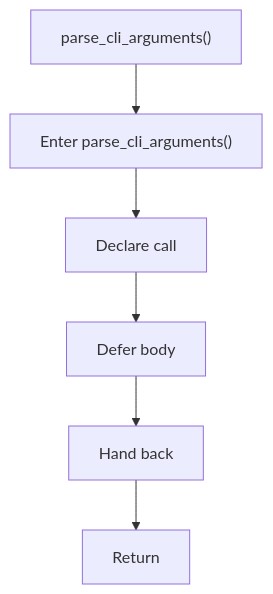
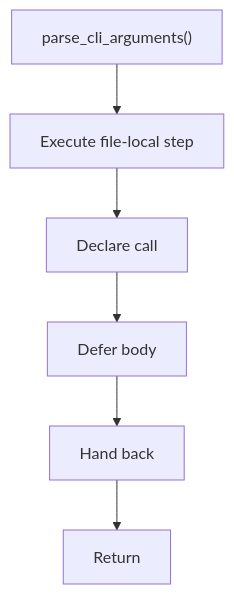
One commit to JohnAndrewBalbarosa/NeoTerritory changed the fourth of 4 diagrams in docs/Codebase/Microservice/Modules/Header/SyntacticBrokenAST/Analysis/Input/cli_arguments.hpp.md. Above: the diagram before and after it, drawn with Mermaid. The commit also changed other lines of this file and 915 other files, not shown here.

````diff
--- a/docs/Codebase/Microservice/Modules/Header/SyntacticBrokenAST/Analysis/Input/cli_arguments.hpp.md
+++ b/docs/Codebase/Microservice/Modules/Header/SyntacticBrokenAST/Analysis/Input/cli_arguments.hpp.md
@@ -114,14 +113,14 @@
 ```mermaid
 flowchart TD
     Start["parse_cli_arguments()"]
-    N0["Enter parse_cli_arguments()"]
+    N0["Execute file-local step"]
     N1["Declare call"]
     N2["Defer body"]
     N3["Hand back"]
     End["Return"]
     Start --> N0
     N0 --> N1
     N1 --> N2
     N2 --> N3
     N3 --> End
 ```
````
